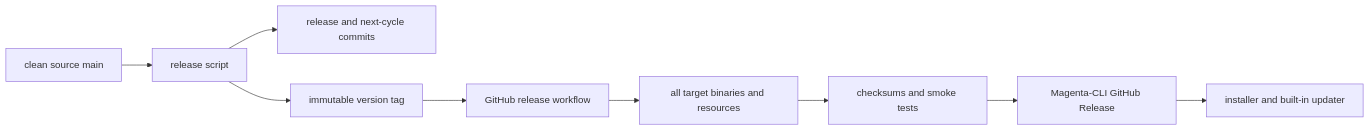
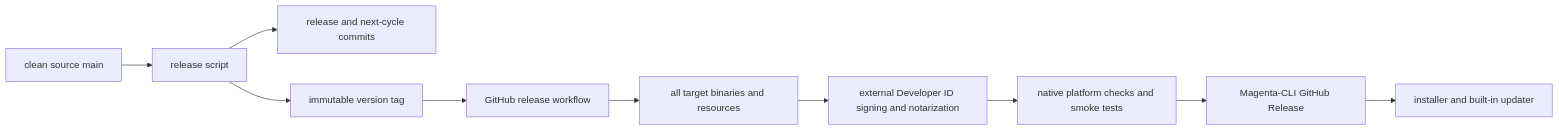
Before and after one commit to Minions-Land/Magenta: the diagram in docs/UPDATE_SETUP_GUIDE.md, drawn with Mermaid. The commit also changed other lines of this file and 126 other files, not shown here.

````diff
--- a/docs/UPDATE_SETUP_GUIDE.md
+++ b/docs/UPDATE_SETUP_GUIDE.md
@@ -24,11 +29,12 @@
 ```mermaid
 flowchart LR
     Main[clean source main] --> Script[release script]
     Script --> Commits[release and next-cycle commits]
     Script --> Tag[immutable version tag]
     Tag --> Workflow[GitHub release workflow]
     Workflow --> Build[all target binaries and resources]
-    Build --> Verify[checksums and smoke tests]
+    Build --> Sign[external Developer ID signing and notarization]
+    Sign --> Verify[native platform checks and smoke tests]
     Verify --> Public[Magenta-CLI GitHub Release]
     Public --> Client[installer and built-in updater]
 ```
````
